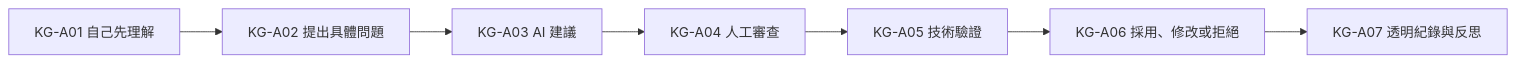
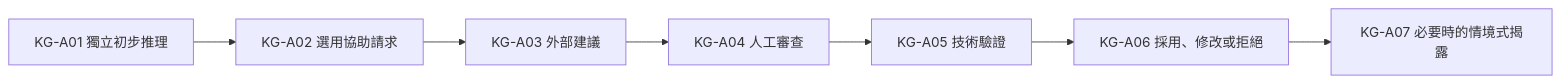
One commit to inred329/summer_pre_course_2026 changed the ninth of 9 diagrams in design/04-programming-language-knowledge-graph.zh-TW.md. Above: the diagram before and after it, drawn with Mermaid. The commit also changed other lines of this file and 104 other files, not shown here.

````diff
--- a/design/04-programming-language-knowledge-graph.zh-TW.md
+++ b/design/04-programming-language-knowledge-graph.zh-TW.md
@@ -264,9 +273,9 @@
 ```mermaid
 flowchart LR
-    A01[KG-A01 自己先理解] --> A02[KG-A02 提出具體問題]
-    A02 --> A03[KG-A03 AI 建議]
+    A01[KG-A01 獨立初步推理] --> A02[KG-A02 選用協助請求]
+    A02 --> A03[KG-A03 外部建議]
     A03 --> A04[KG-A04 人工審查]
     A04 --> A05[KG-A05 技術驗證]
     A05 --> A06[KG-A06 採用、修改或拒絕]
-    A06 --> A07[KG-A07 透明紀錄與反思]
+    A06 --> A07[KG-A07 必要時的情境式揭露]
 ```
````
